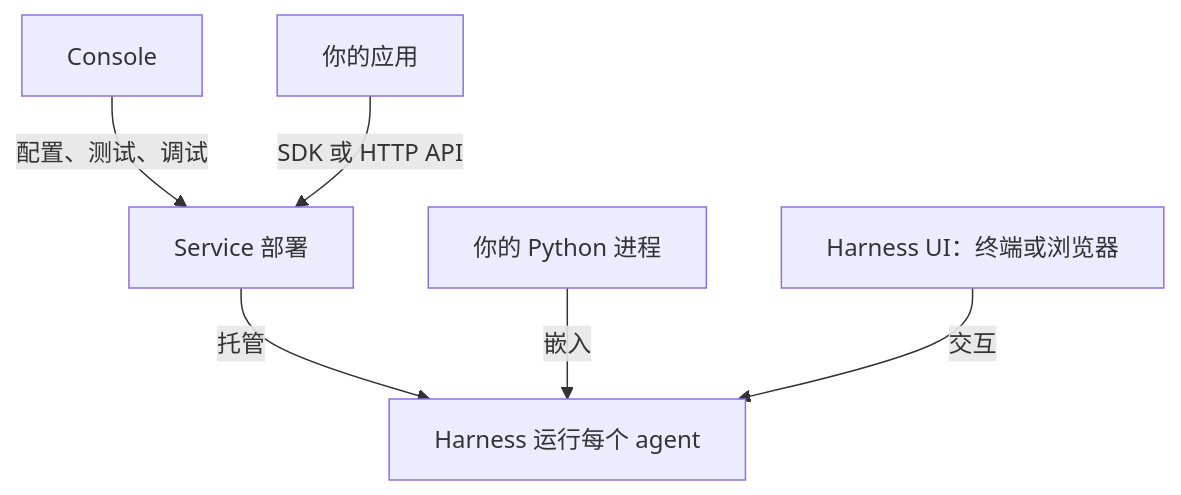
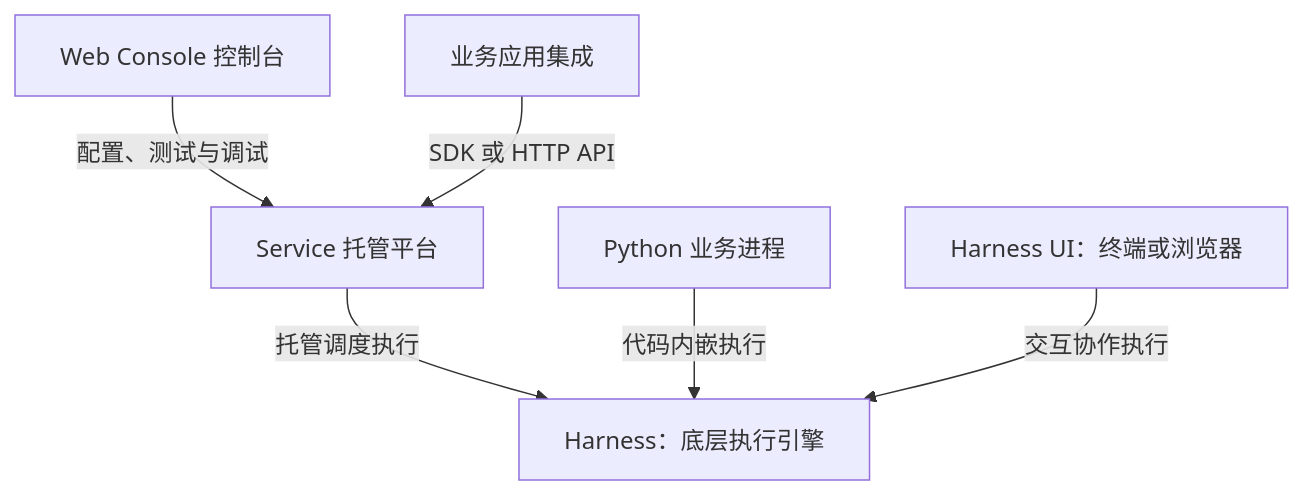
One commit to converge-ai-labs/agent-foundation changed the diagram in docs/overview/choose-your-path.zh-CN.md. Above: the diagram before and after it, drawn with Mermaid. The commit also changed other lines of this file and 39 other files, not shown here.

````diff
--- a/docs/overview/choose-your-path.zh-CN.md
+++ b/docs/overview/choose-your-path.zh-CN.md
@@ -23,13 +25,13 @@
 ```mermaid
 flowchart TB
-    Console["Console"] -->|"配置、测试、调试"| Service["Service 部署"]
-    Client["你的应用"] -->|"SDK 或 HTTP API"| Service
-    Process["你的 Python 进程"]
+    Console["Web Console 控制台"] -->|"配置、测试与调试"| Service["Service 托管平台"]
+    Client["业务应用集成"] -->|"SDK 或 HTTP API"| Service
+    Process["Python 业务进程"]
     Workbench["Harness UI：终端或浏览器"]
-    Service -->|"托管"| Harness["Harness 运行每个 agent"]
-    Process -->|"嵌入"| Harness
-    Workbench -->|"交互"| Harness
+    Service -->|"托管调度执行"| Harness["Harness：底层执行引擎"]
+    Process -->|"代码内嵌执行"| Harness
+    Workbench -->|"交互协作执行"| Harness
 
     class Console,Client,Process,Workbench app
     class Service,Harness a13n
 ```
````
